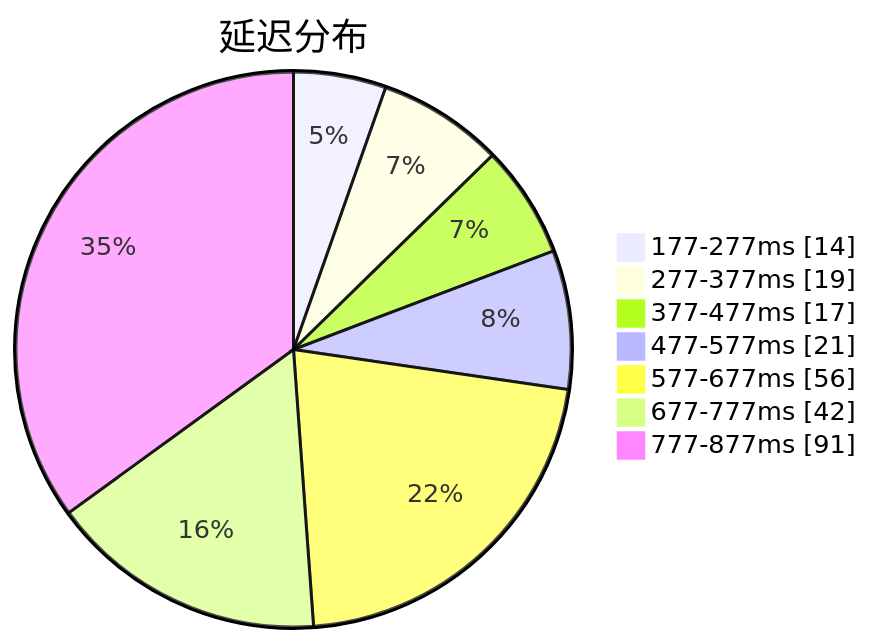
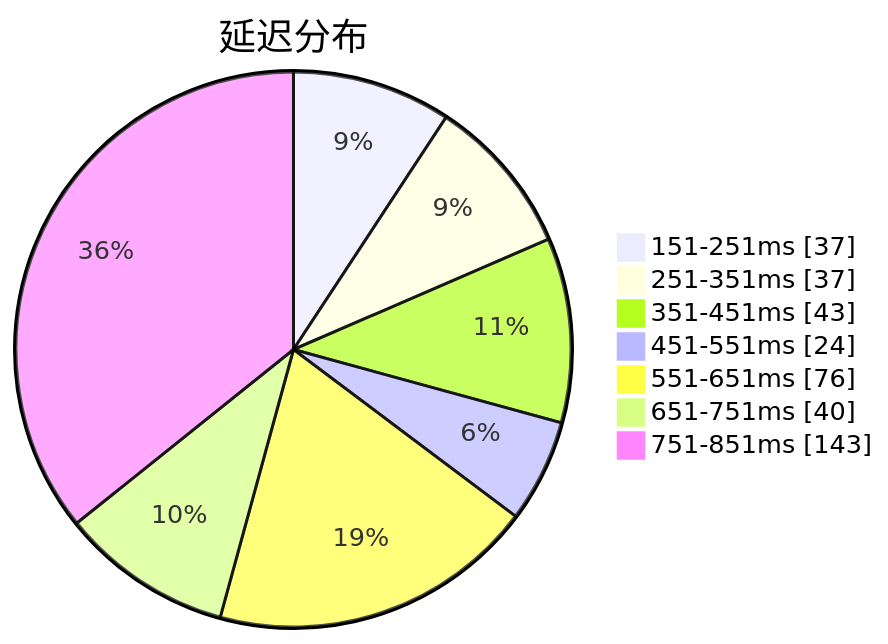
One commit to qjlxg/airport changed the first of 3 diagrams in subs/statistics/tested_within.md. Above: the diagram before and after it, drawn with Mermaid. The commit also changed other lines of this file and 2 other files, not shown here.

````diff
--- a/subs/statistics/tested_within.md
+++ b/subs/statistics/tested_within.md
@@ -2,11 +2,11 @@
 ```mermaid
 pie showData
 title 延迟分布
-"177-277ms" : 14
-"277-377ms" : 19
-"377-477ms" : 17
-"477-577ms" : 21
-"577-677ms" : 56
-"677-777ms" : 42
-"777-877ms" : 91
+"151-251ms" : 37
+"251-351ms" : 37
+"351-451ms" : 43
+"451-551ms" : 24
+"551-651ms" : 76
+"651-751ms" : 40
+"751-851ms" : 143
 ```
````
